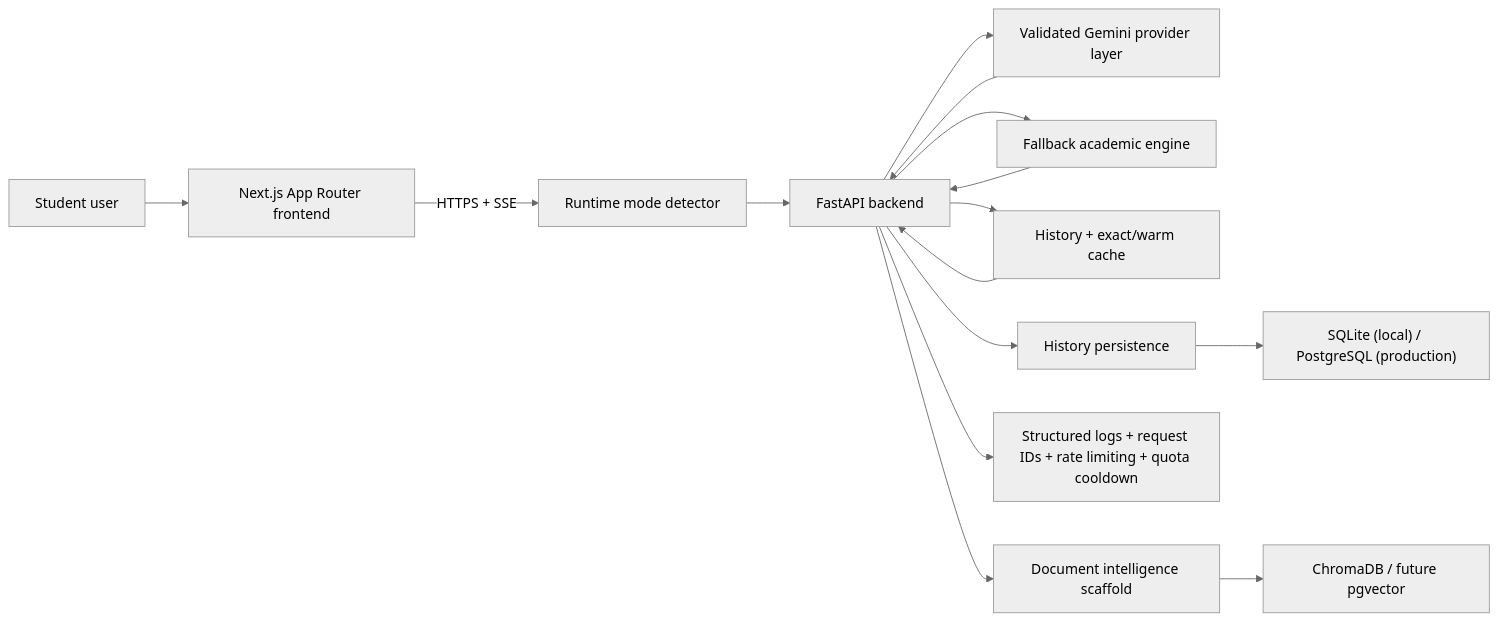
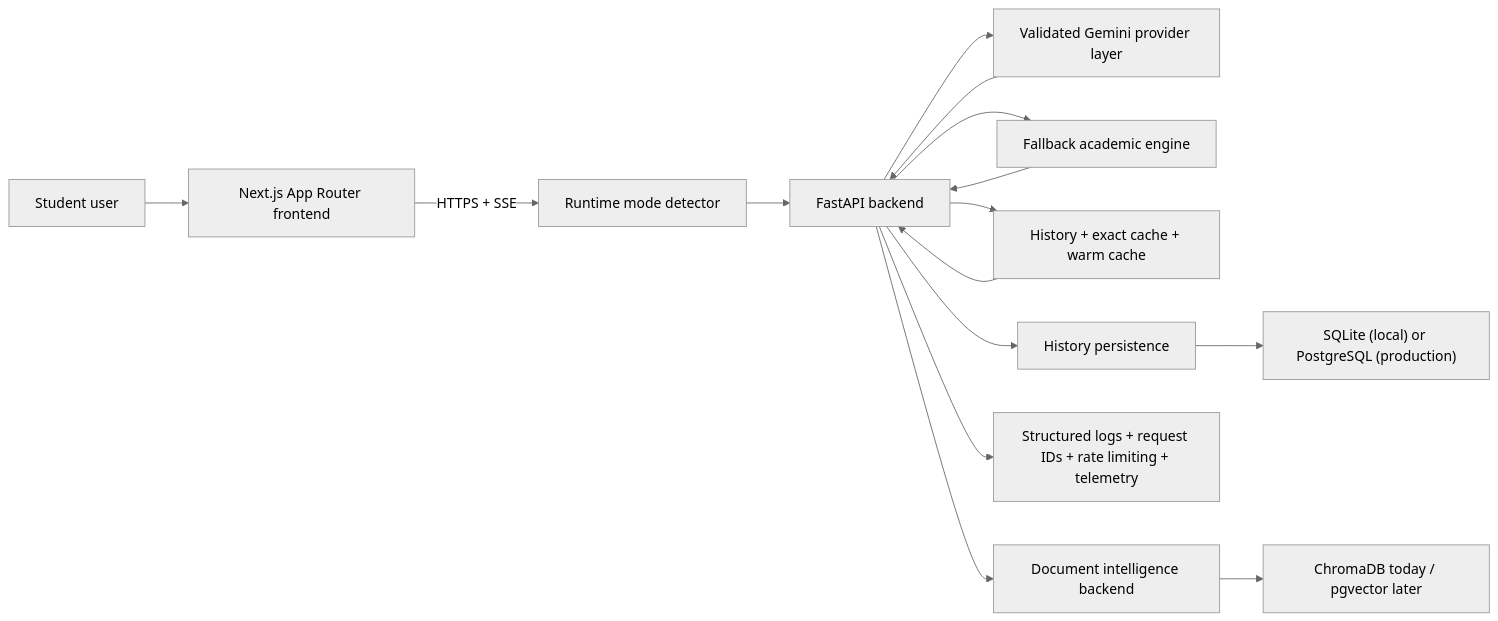
The first of 4 diagrams in ARCHITECTURE.md (tauqxxr7/scholr), drawn with Mermaid (neutral theme) before and after one commit. The commit also changed other lines of this file and 7 other files, not shown here.

````diff
--- a/ARCHITECTURE.md
+++ b/ARCHITECTURE.md
@@ -9,17 +9,17 @@
 ```mermaid
 flowchart LR
     U["Student user"] --> F["Next.js App Router frontend"]
     F -->|"HTTPS + SSE"| M["Runtime mode detector"]
     M --> B["FastAPI backend"]
     B --> G["Validated Gemini provider layer"]
     B --> A["Fallback academic engine"]
-    B --> C["History + exact/warm cache"]
+    B --> C["History + exact cache + warm cache"]
     B --> H["History persistence"]
-    B --> L["Structured logs + request IDs + rate limiting + quota cooldown"]
-    H --> S["SQLite (local) / PostgreSQL (production)"]
-    B --> R["Document intelligence scaffold"]
-    R --> V["ChromaDB / future pgvector"]
+    B --> L["Structured logs + request IDs + rate limiting + telemetry"]
+    H --> S["SQLite (local) or PostgreSQL (production)"]
+    B --> D["Document intelligence backend"]
+    D --> V["ChromaDB today / pgvector later"]
     G --> B
     A --> B
     C --> B
 ```
````
